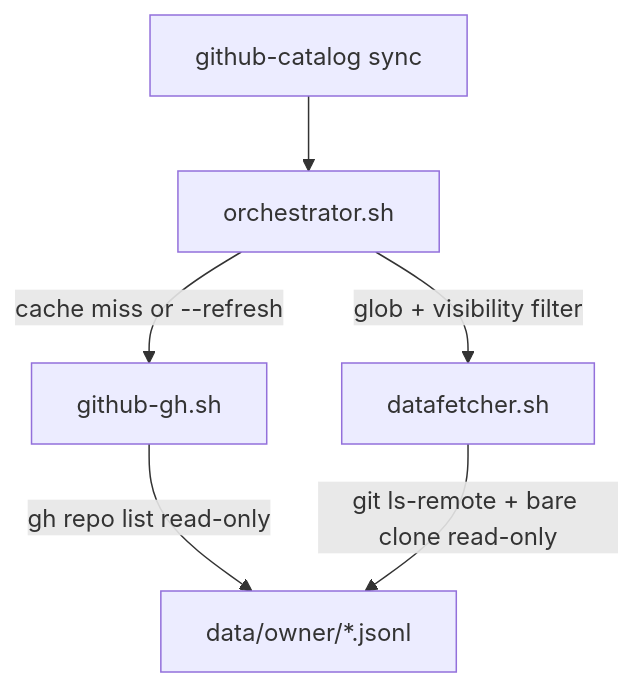
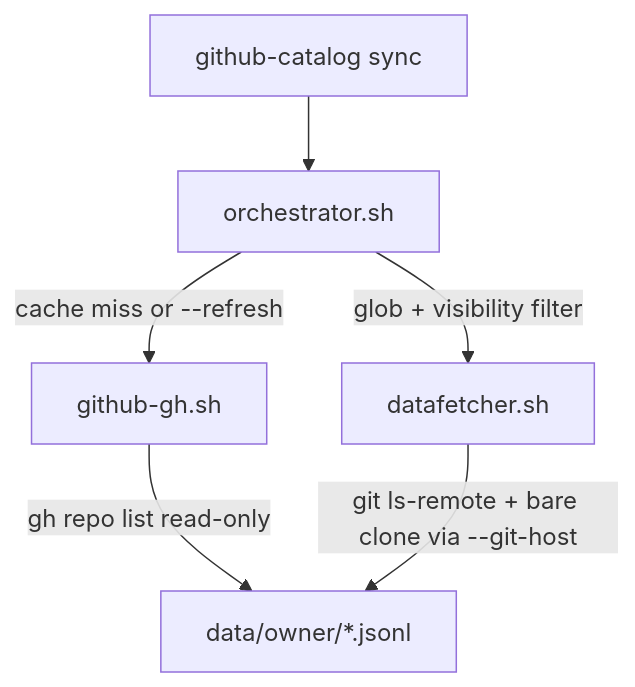
The diagram in docs/ADR-002.md (qobeat/github-catalog), drawn with Mermaid before and after one commit. The commit also changed other lines of this file and 6 other files, not shown here.

````diff
--- a/docs/ADR-002.md
+++ b/docs/ADR-002.md
@@ -76,14 +138,14 @@
 ```mermaid
 flowchart TD
   cli["github-catalog sync"]
   orch["orchestrator.sh"]
   ghbridge["github-gh.sh"]
   fetcher["datafetcher.sh"]
   jsonl["data/owner/*.jsonl"]
 
   cli --> orch
   orch -->|"cache miss or --refresh"| ghbridge
   ghbridge -->|"gh repo list read-only"| jsonl
   orch -->|"glob + visibility filter"| fetcher
-  fetcher -->|"git ls-remote + bare clone read-only"| jsonl
+  fetcher -->|"git ls-remote + bare clone via --git-host"| jsonl
 ```
````
